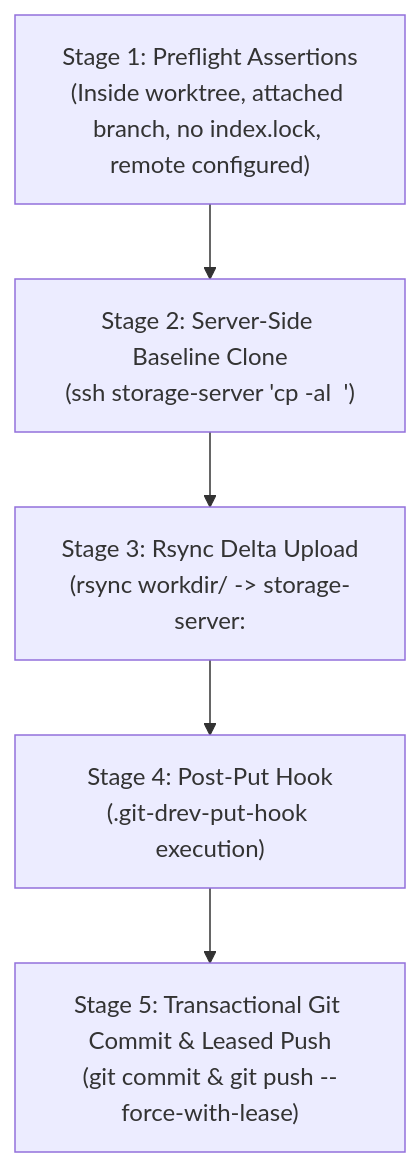
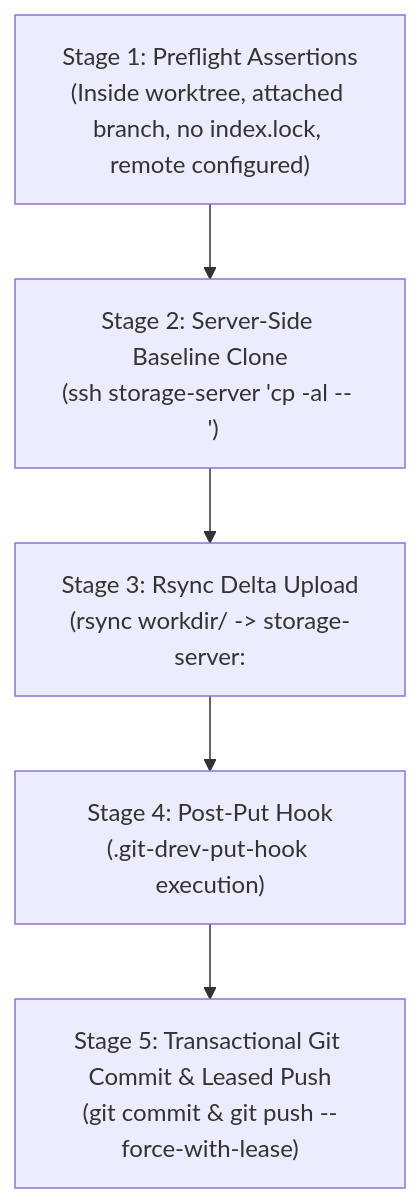
One commit to bvarnai/git-drev changed the diagram in docs/user-guide/03-revision-lifecycle.md. Above: the diagram before and after it, drawn with Mermaid. The commit also changed other lines of this file and 13 other files, not shown here.

````diff
--- a/docs/user-guide/03-revision-lifecycle.md
+++ b/docs/user-guide/03-revision-lifecycle.md
@@ -66,7 +66,7 @@
 ```mermaid
 flowchart TD
-    A["Stage 1: Preflight Assertions<br/>(Inside worktree, attached branch, no index.lock, remote configured)"] --> B["Stage 2: Server-Side Baseline Clone<br/>(ssh storage-server 'cp -al <parent_uuid> <new_uuid>')"]
+    A["Stage 1: Preflight Assertions<br/>(Inside worktree, attached branch, no index.lock, remote configured)"] --> B["Stage 2: Server-Side Baseline Clone<br/>(ssh storage-server 'cp -al -- <parent_uuid> <new_uuid>')"]
     B --> C["Stage 3: Rsync Delta Upload<br/>(rsync workdir/ -> storage-server:<path>/<new_uuid>/)"]
     C --> D["Stage 4: Post-Put Hook<br/>(.git-drev-put-hook execution)"]
     D --> E["Stage 5: Transactional Git Commit & Leased Push<br/>(git commit & git push --force-with-lease)"]
 ```
````
